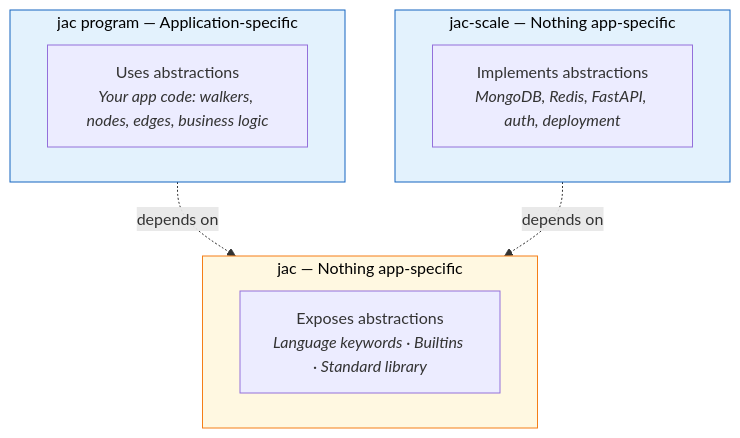
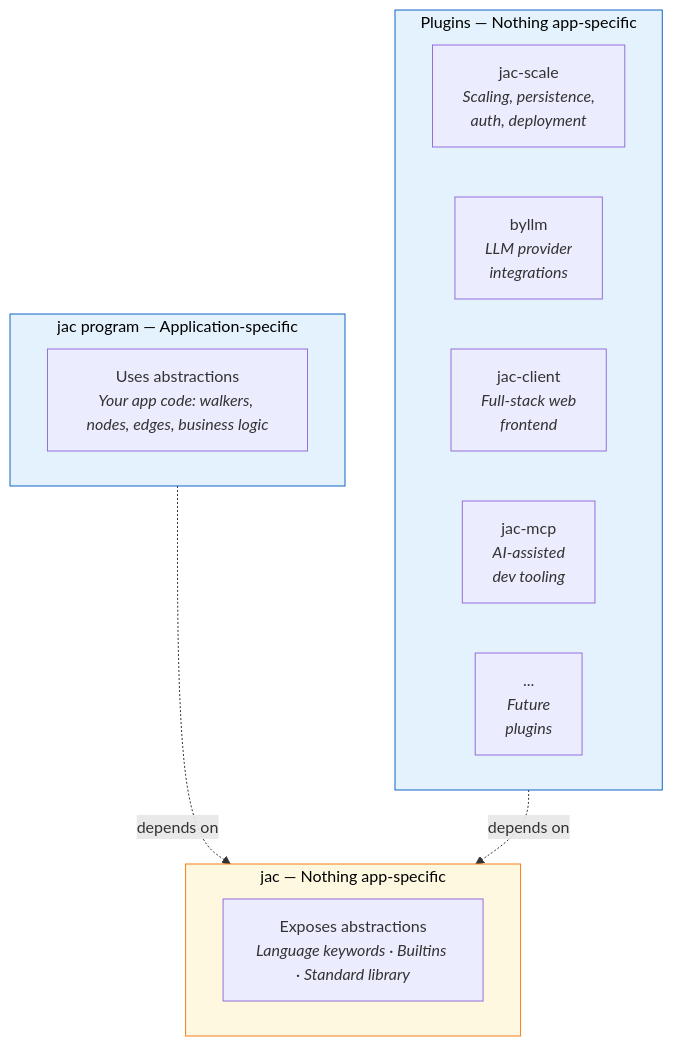
The first of 4 diagrams in docs/blog/posts/designing_new_abstractions_for_jac.md (Jayanaka-98/jaseci-blogs), drawn with Mermaid before and after one commit. The commit also changed other lines of this file, not shown here.

Commit message:
blog: show full plugin ecosystem in three-layer diagram
Bottom layer now shows jac-scale, byllm, jac-client, jac-mcp, and
future plugins instead of just jac-scale. Updated text to reference
byllm alongside jac-scale where relevant.

````diff
--- a/docs/blog/posts/designing_new_abstractions_for_jac.md
+++ b/docs/blog/posts/designing_new_abstractions_for_jac.md
@@ -26,19 +26,23 @@
 ```mermaid
 graph TD
     subgraph TOP ["jac program — Application-specific"]
         A["Uses abstractions<br/><i>Your app code: walkers, nodes, edges, business logic</i>"]
     end
     subgraph MID ["jac — Nothing app-specific"]
         B["Exposes abstractions<br/><i>Language keywords · Builtins · Standard library</i>"]
     end
-    subgraph BOT ["jac-scale — Nothing app-specific"]
-        C["Implements abstractions<br/><i>MongoDB, Redis, FastAPI, auth, deployment</i>"]
+    subgraph BOT ["Plugins — Nothing app-specific"]
+        C["jac-scale<br/><i>Scaling, persistence,<br/>auth, deployment</i>"]
+        D["byllm<br/><i>LLM provider<br/>integrations</i>"]
+        E["jac-client<br/><i>Full-stack web<br/>frontend</i>"]
+        F["jac-mcp<br/><i>AI-assisted<br/>dev tooling</i>"]
+        G["...<br/><i>Future<br/>plugins</i>"]
     end
 
     TOP -. "depends on" .-> MID
     BOT -. "depends on" .-> MID
 
     style TOP fill:#e3f2fd,stroke:#1565c0,color:#000
     style MID fill:#fff8e1,stroke:#f57f17,color:#000
     style BOT fill:#e3f2fd,stroke:#1565c0,color:#000
 ```
````
